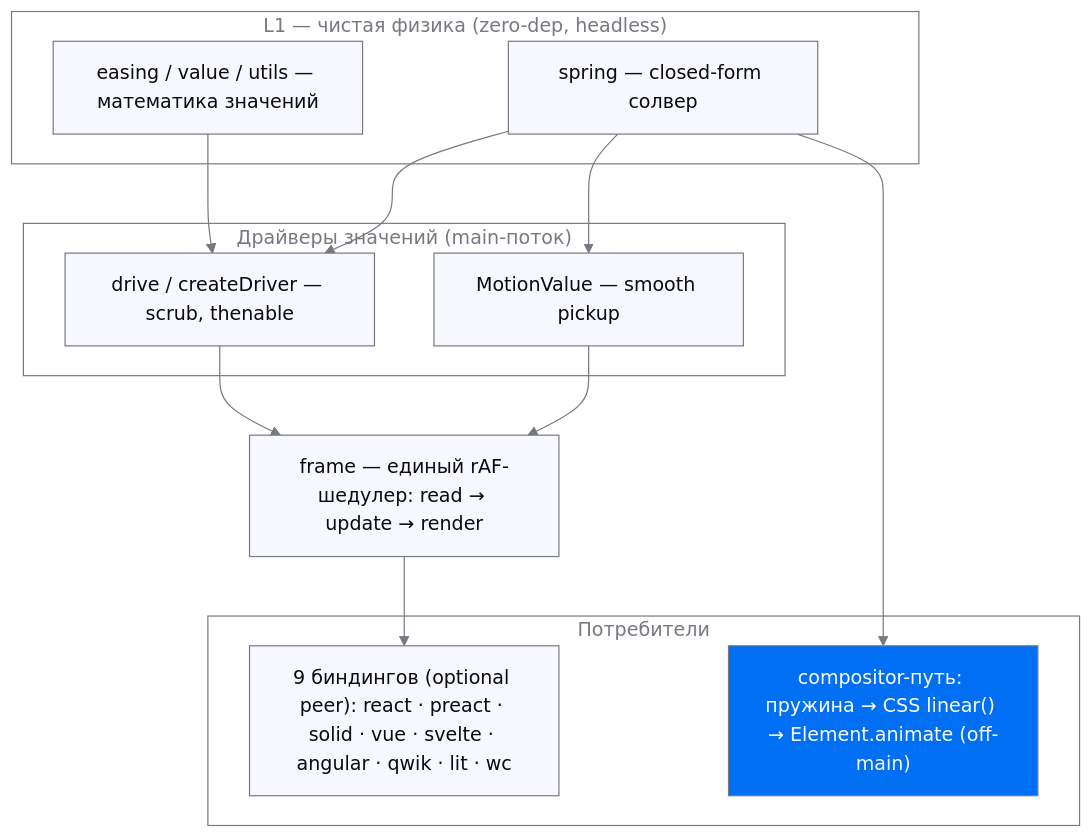
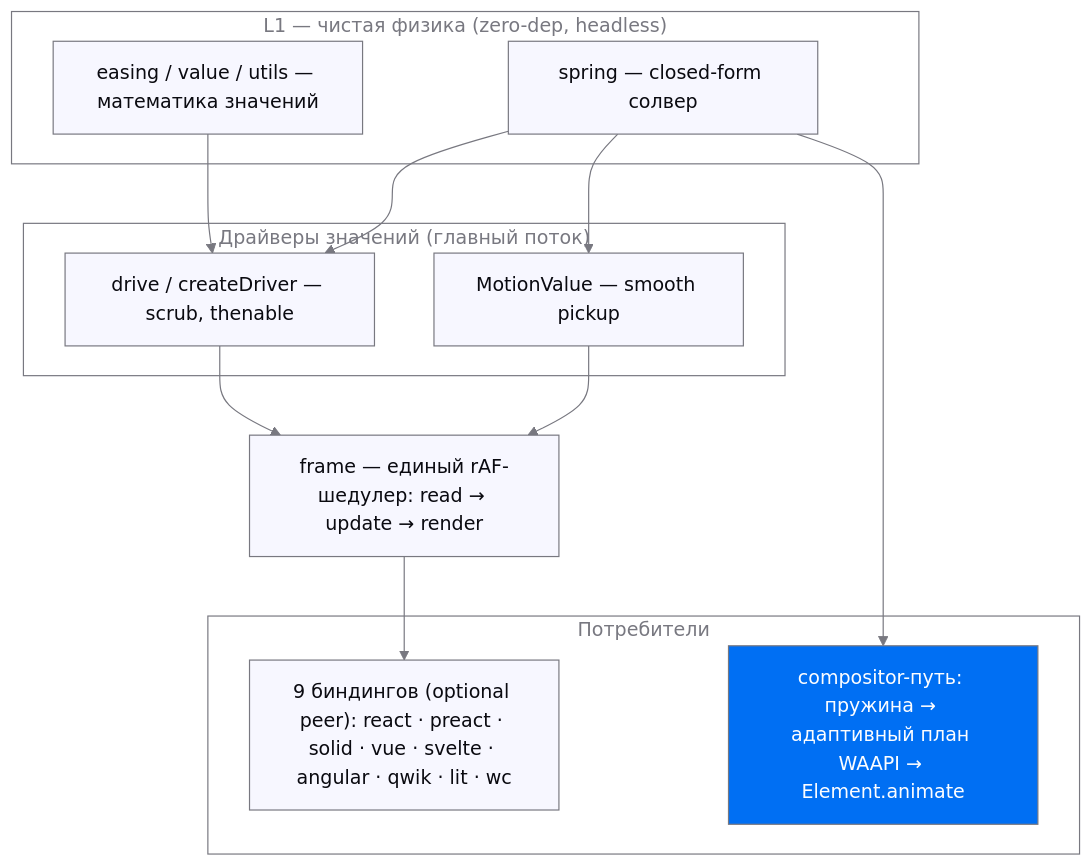
The first of 2 diagrams in README.md (Labpics-Team/lab-motion), drawn with Mermaid before and after one commit. The commit also changed other lines of this file and 188 other files, not shown here.

````diff
--- a/README.md
+++ b/README.md
@@ -93,37 +111,37 @@
 ```mermaid
 %%{init: {'theme':'base','themeVariables':{
   'lineColor':'#787880','textColor':'#0A0A10',
   'edgeLabelBackground':'#F7F7FF',
   'clusterBkg':'transparent','clusterBorder':'#787880'
 }}}%%
 flowchart TB
   subgraph phys["L1 — чистая физика (zero-dep, headless)"]
     solver["spring — closed-form солвер"]
     math["easing / value / utils — математика значений"]
   end
-  subgraph drivers["Драйверы значений (main-поток)"]
+  subgraph drivers["Драйверы значений (главный поток)"]
     mv["MotionValue — smooth pickup"]
     drv["drive / createDriver — scrub, thenable"]
   end
   sched["frame — единый rAF-шедулер: read → update → render"]
   subgraph consumers["Потребители"]
     bind["9 биндингов (optional peer): react · preact · solid · vue · svelte · angular · qwik · lit · wc"]
-    comp["compositor-путь: пружина → CSS linear() → Element.animate (off-main)"]
+    comp["compositor-путь: пружина → адаптивный план WAAPI → Element.animate"]
   end
   solver --> mv
   solver --> drv
   math --> drv
   mv --> sched
   drv --> sched
   sched --> bind
   solver --> comp
 
   classDef node fill:#F7F7FF,stroke:#787880,color:#0A0A10
   classDef accent fill:#006FF3,stroke:#787880,color:#FCFDFF
   classDef dark fill:#101012,stroke:#787880,color:#F2F2FC
   class solver,math,mv,drv,sched,bind node
   class comp accent
   style phys fill:transparent,stroke:#787880,color:#787880
   style drivers fill:transparent,stroke:#787880,color:#787880
   style consumers fill:transparent,stroke:#787880,color:#787880
 ```
````
